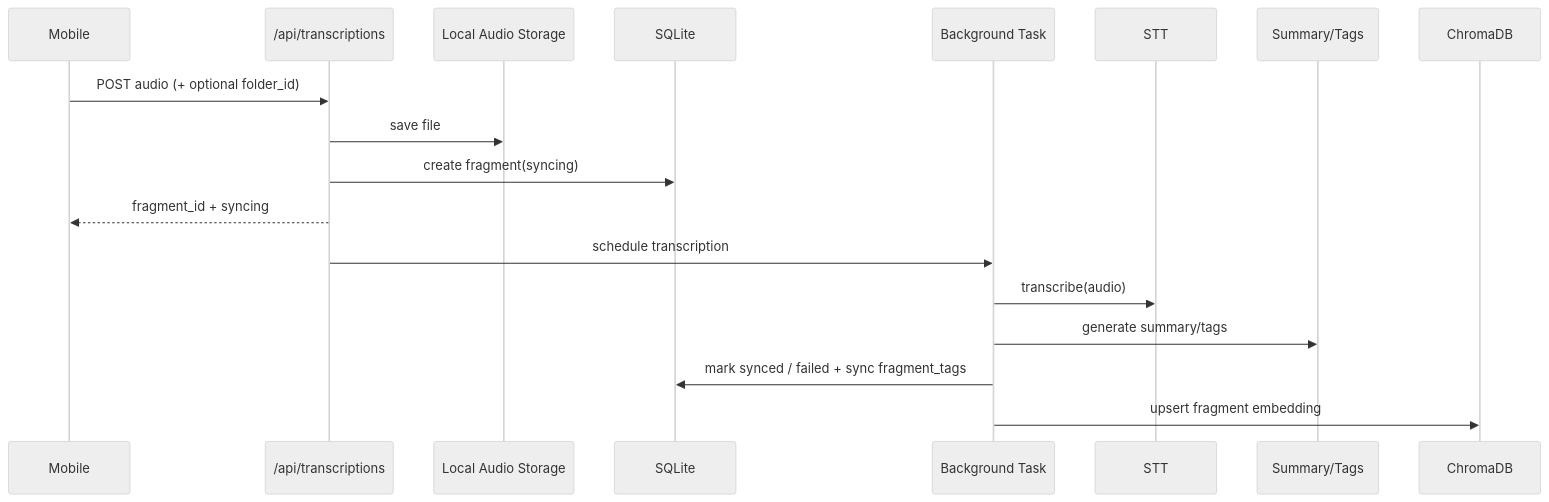
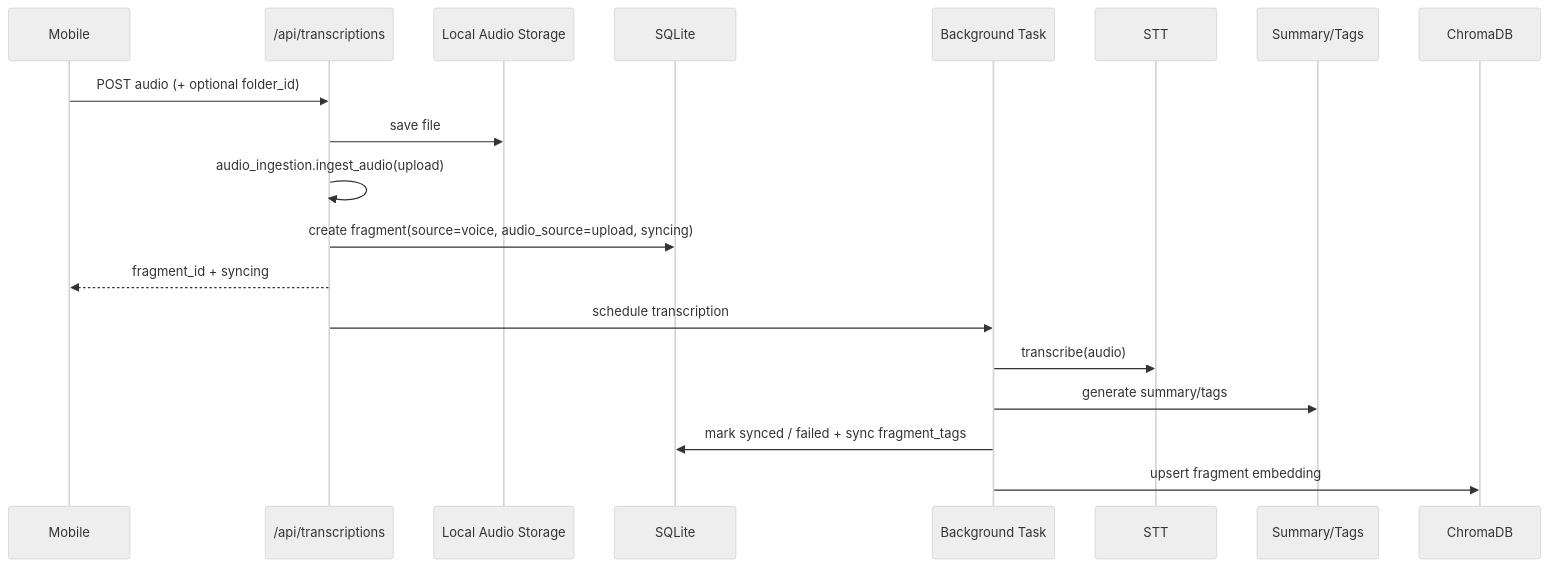
The fourth of 8 diagrams in memory-bank/architecture.md (YCZA2/SparkFlow), drawn with Mermaid (neutral theme) before and after one commit. The commit also changed other lines of this file and 16 other files, not shown here.

Commit message:
Add shared audio ingestion pipeline

````diff
--- a/memory-bank/architecture.md
+++ b/memory-bank/architecture.md
@@ -220,21 +222,22 @@
 ```mermaid
 sequenceDiagram
     participant App as Mobile
     participant API as /api/transcriptions
     participant FS as Local Audio Storage
     participant DB as SQLite
     participant BG as Background Task
     participant STT as STT
     participant LLM as Summary/Tags
     participant VDB as ChromaDB
 
     App->>API: POST audio (+ optional folder_id)
     API->>FS: save file
-    API->>DB: create fragment(syncing)
+    API->>API: audio_ingestion.ingest_audio(upload)
+    API->>DB: create fragment(source=voice, audio_source=upload, syncing)
     API-->>App: fragment_id + syncing
     API->>BG: schedule transcription
     BG->>STT: transcribe(audio)
     BG->>LLM: generate summary/tags
     BG->>DB: mark synced / failed + sync fragment_tags
     BG->>VDB: upsert fragment embedding
 ```
````
